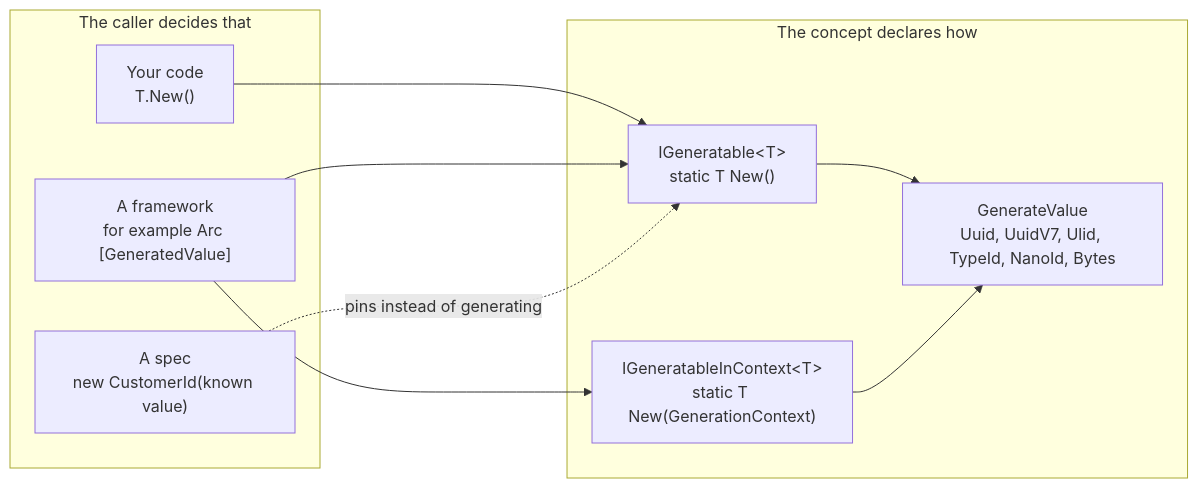
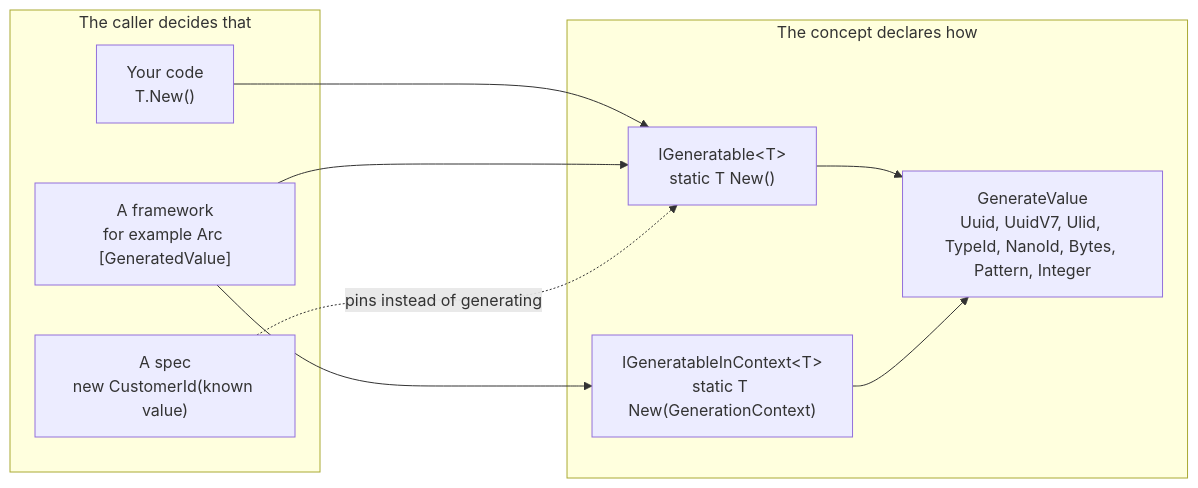
One commit to Cratis/Fundamentals changed the diagram in Documentation/csharp/generating-values/index.md. Above: the diagram before and after it, drawn with Mermaid. The commit also changed other lines of this file and 7 other files, not shown here.

Commit message:
Document pattern, integer and checksum generation

````diff
--- a/Documentation/csharp/generating-values/index.md
+++ b/Documentation/csharp/generating-values/index.md
@@ -16,19 +16,19 @@
 ```mermaid
 flowchart LR
     subgraph Concept["The concept declares how"]
         A["IGeneratable&lt;T&gt;<br/>static T New()"]
         B["IGeneratableInContext&lt;T&gt;<br/>static T New(GenerationContext)"]
-        C["GenerateValue<br/>Uuid, UuidV7, Ulid, TypeId, NanoId, Bytes"]
+        C["GenerateValue<br/>Uuid, UuidV7, Ulid, TypeId, NanoId, Bytes, Pattern, Integer"]
         A --> C
         B --> C
     end
     subgraph Caller["The caller decides that"]
         D["Your code<br/>T.New()"]
         E["A framework<br/>for example Arc [GeneratedValue]"]
         F["A spec<br/>new CustomerId(known value)"]
     end
     D --> A
     E --> A
     E --> B
     F -. "pins instead of generating" .-> A
 ```
````
